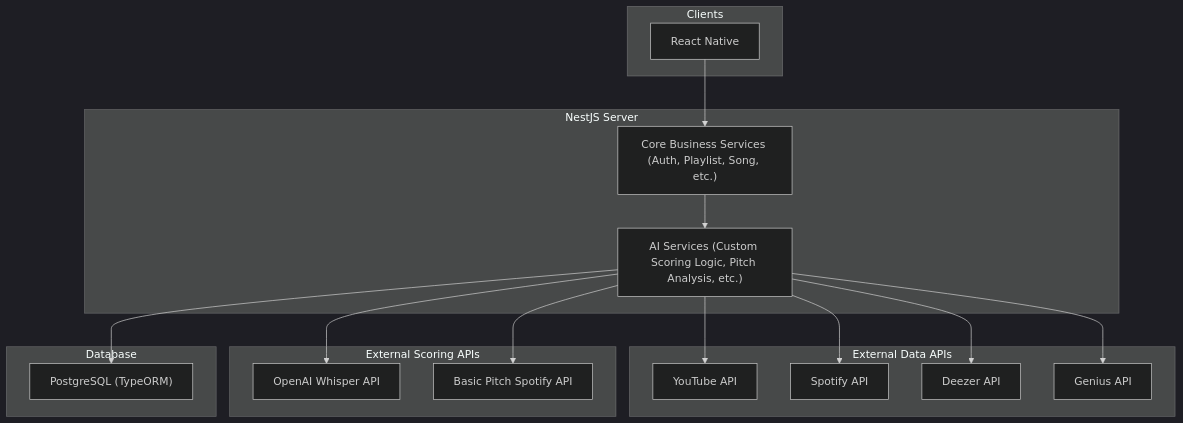
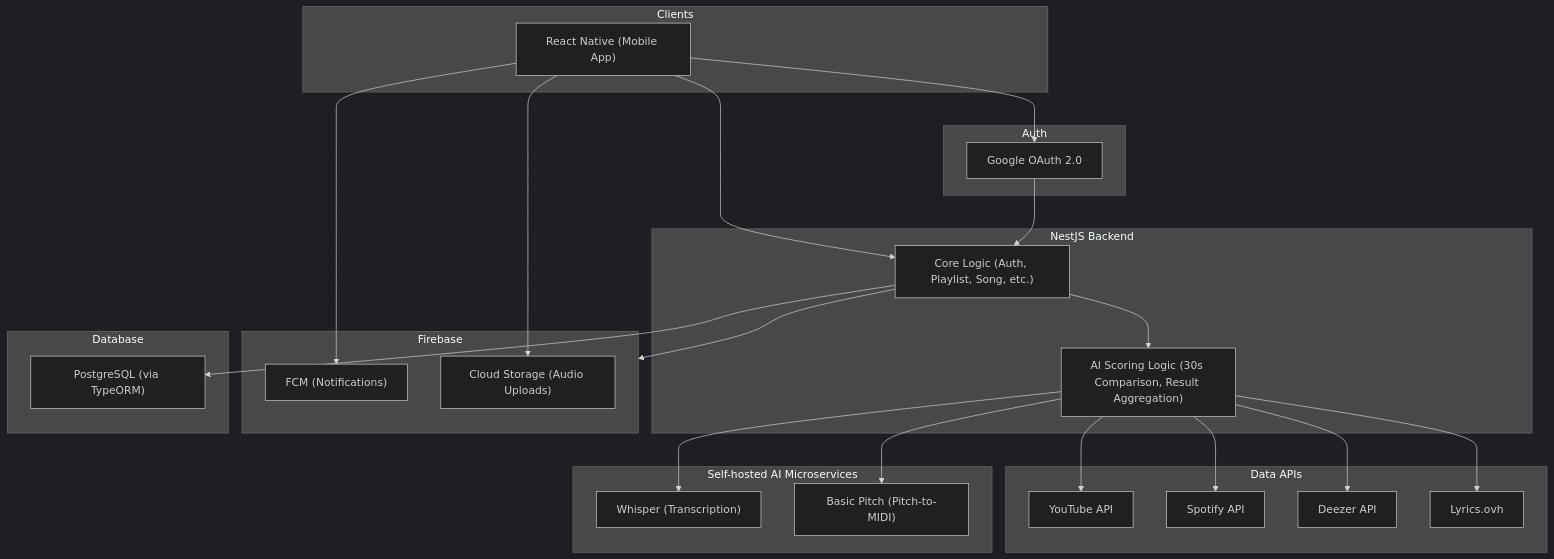
Before and after one commit to manoke-uit/.github: the second of 2 diagrams in README.md, drawn with Mermaid (dark theme).

Commit message:
docs: update architecture

````diff
--- a/README.md
+++ b/README.md
@@ -83,46 +83,63 @@
 ``` mermaid
 flowchart TD
-    %% Consumers
+    %% Clients
     subgraph Clients
-        MobileApp["React Native"]
+        MobileApp["React Native (Mobile App)"]
     end
 
-    %% Backend Services Grouped
-    subgraph NestJS Server
-        CoreLogic["Core Business Services (Auth, Playlist, Song, etc.)"]
-        AILogic["AI Services (Custom Scoring Logic, Pitch Analysis, etc.)"]
+    %% Backend Services
+    subgraph NestJS Backend
+        CoreLogic["Core Logic (Auth, Playlist, Song, etc.)"]
+        AILogic["AI Scoring Logic (30s Comparison, Result Aggregation)"]
     end
 
-    %% External Fetching Data APIs
-    subgraph External Data APIs
+    %% OAuth Google
+        subgraph Auth
+        GoogleOAuth["Google OAuth 2.0"]
+    end
+
+
+    %% External Data APIs
+    subgraph Data APIs
         YouTube["YouTube API"]
         Spotify["Spotify API"]
         Deezer["Deezer API"]
-        Genius["Genius API"]
+        LyricsAPI["Lyrics.ovh"]
     end
 
-    %% External Scoring Logic APIs
-    subgraph External Scoring APIs
-        Whisper["OpenAI Whisper API"]
-        BasicPitch["Basic Pitch Spotify API"]
+    %% AI Microservices (Self-hosted)
+    subgraph Self-hosted AI Microservices
+        Whisper["Whisper (Transcription)"]
+        BasicPitch["Basic Pitch (Pitch-to-MIDI)"]
+    end
+
+    %% Cloud Services
+    subgraph Firebase
+        FCM["FCM (Notifications)"]
+        Storage["Cloud Storage (Audio Uploads)"]
     end
 
     %% Database
     subgraph Database
-        PostgreSQL["PostgreSQL (TypeORM)"]
+        PostgreSQL["PostgreSQL (via TypeORM)"]
     end
 
     %% Flow
-    
-    MobileApp --> CoreLogic --> AILogic
+    MobileApp --> CoreLogic
+    CoreLogic --> AILogic
 
+    CoreLogic --> Firebase
+    CoreLogic --> PostgreSQL
 
+    AILogic --> Spotify
+    AILogic --> Deezer
     AILogic --> YouTube
-    AILogic --> Spotify
-    AILogic --> PostgreSQL
-    AILogic --> Deezer
-    AILogic --> Genius
+    AILogic --> LyricsAPI
     AILogic --> Whisper
     AILogic --> BasicPitch
 
+    MobileApp --> FCM
+    MobileApp --> Storage
+    MobileApp --> GoogleOAuth --> CoreLogic
+
 ```
````
